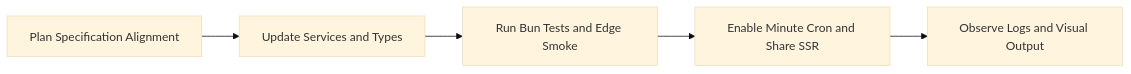
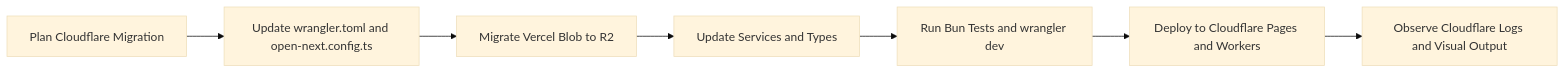
The sixth of 6 diagrams in .kiro/specs/doom-index/design.md (doom-protocol/doom-index), drawn with Mermaid (base theme) before and after one commit. The commit also changed other lines of this file and 25 other files, not shown here.

First line of the commit message:
✨ feat(cloudflare): Migrate to Cloudflare infrastructure and update environment settings

````diff
--- a/.kiro/specs/doom-index/design.md
+++ b/.kiro/specs/doom-index/design.md
@@ -458,7 +616,9 @@
 ```mermaid
 graph LR
-Plan[Plan Specification Alignment] --> Update[Update Services and Types]
-Update --> Validate[Run Bun Tests and Edge Smoke]
-Validate --> Enable[Enable Minute Cron and Share SSR]
-Enable --> Observe[Observe Logs and Visual Output]
+Plan[Plan Cloudflare Migration] --> UpdateConfig[Update wrangler.toml and open-next.config.ts]
+UpdateConfig --> MigrateStorage[Migrate Vercel Blob to R2]
+MigrateStorage --> UpdateServices[Update Services and Types]
+UpdateServices --> Validate[Run Bun Tests and wrangler dev]
+Validate --> Deploy[Deploy to Cloudflare Pages and Workers]
+Deploy --> Observe[Observe Cloudflare Logs and Visual Output]
 ```
````
